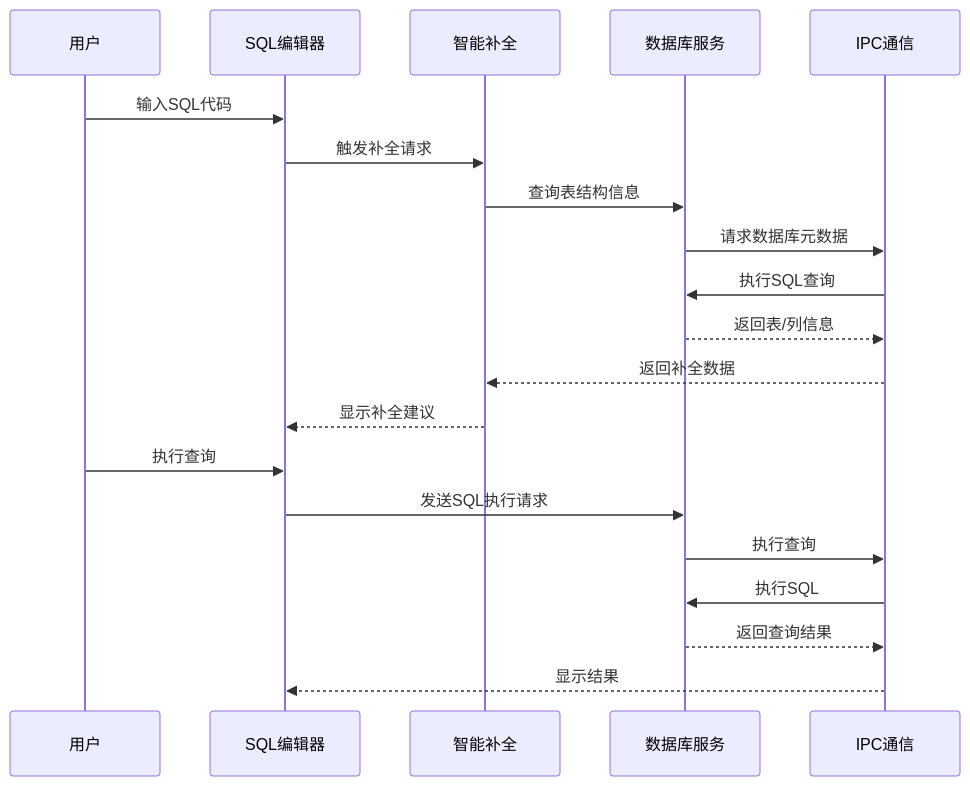
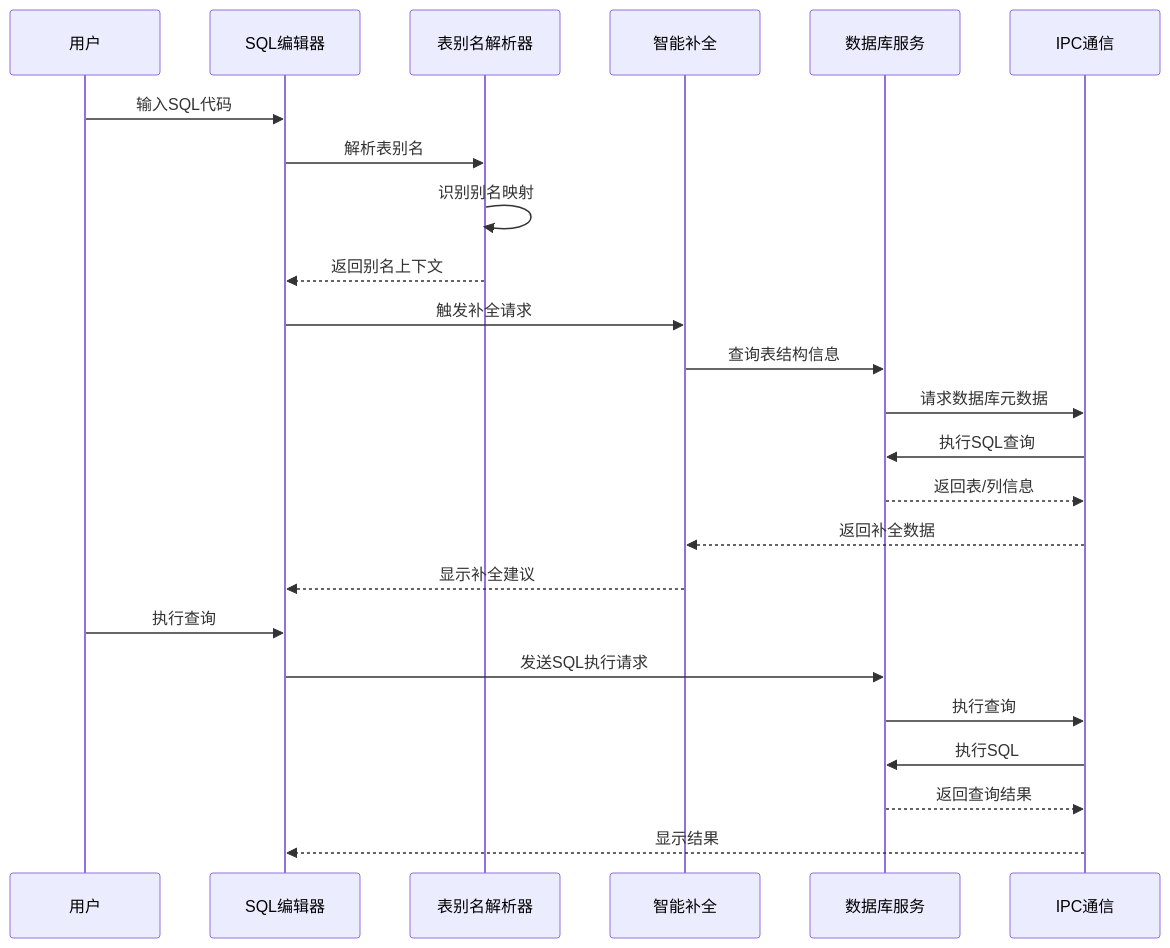
One commit to wwenbo2048/nexsql changed the second of 12 diagrams in .qoder/repowiki/zh/content/前端组件系统/SQL智能编辑功能.md. Above: the diagram before and after it, drawn with Mermaid. The commit also changed other lines of this file and 10 other files, not shown here.

````diff
--- a/.qoder/repowiki/zh/content/前端组件系统/SQL智能编辑功能.md
+++ b/.qoder/repowiki/zh/content/前端组件系统/SQL智能编辑功能.md
@@ -95,22 +112,26 @@
 ```mermaid
 sequenceDiagram
 participant User as 用户
 participant Editor as SQL编辑器
+participant AliasParser as 表别名解析器
 participant Completion as 智能补全
 participant DB as 数据库服务
 participant IPC as IPC通信
 User->>Editor : 输入SQL代码
+Editor->>AliasParser : 解析表别名
+AliasParser->>AliasParser : 识别别名映射
+AliasParser-->>Editor : 返回别名上下文
 Editor->>Completion : 触发补全请求
 Completion->>DB : 查询表结构信息
 DB->>IPC : 请求数据库元数据
 IPC->>DB : 执行SQL查询
 DB-->>IPC : 返回表/列信息
 IPC-->>Completion : 返回补全数据
 Completion-->>Editor : 显示补全建议
 User->>Editor : 执行查询
 Editor->>DB : 发送SQL执行请求
 DB->>IPC : 执行查询
 IPC->>DB : 执行SQL
 DB-->>IPC : 返回查询结果
 IPC-->>Editor : 显示结果
 ```
````
